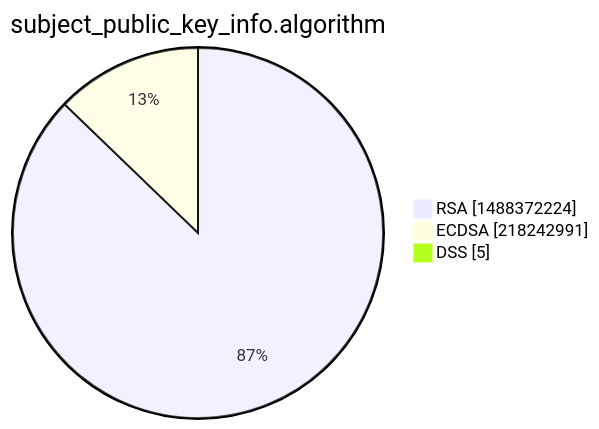
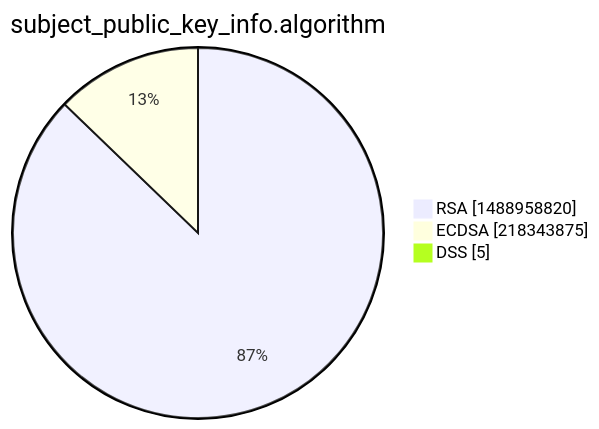
The third of 15 diagrams in xenon2022/README.md (christiankrug/ctmonitor_visualization), drawn with Mermaid before and after one commit. The commit also changed other lines of this file, not shown here.

````diff
--- a/xenon2022/README.md
+++ b/xenon2022/README.md
@@ -14,7 +14,7 @@
 ```mermaid
 pie showData
 title subject_public_key_info.algorithm
-"RSA" :1488372224
-"ECDSA" :218242991
+"RSA" :1488958820
+"ECDSA" :218343875
 "DSS" :5
 ```
````
